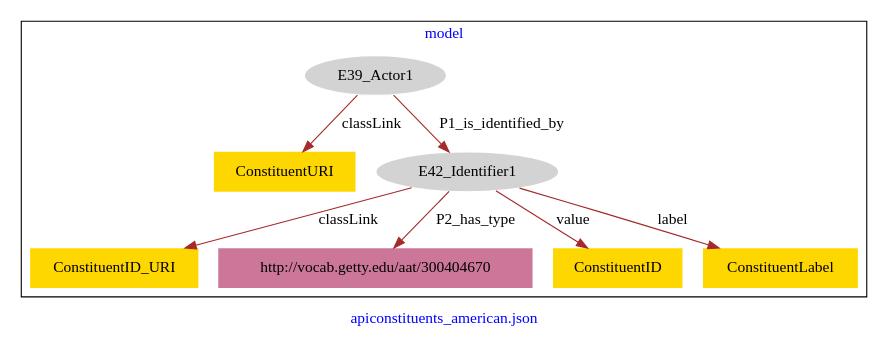
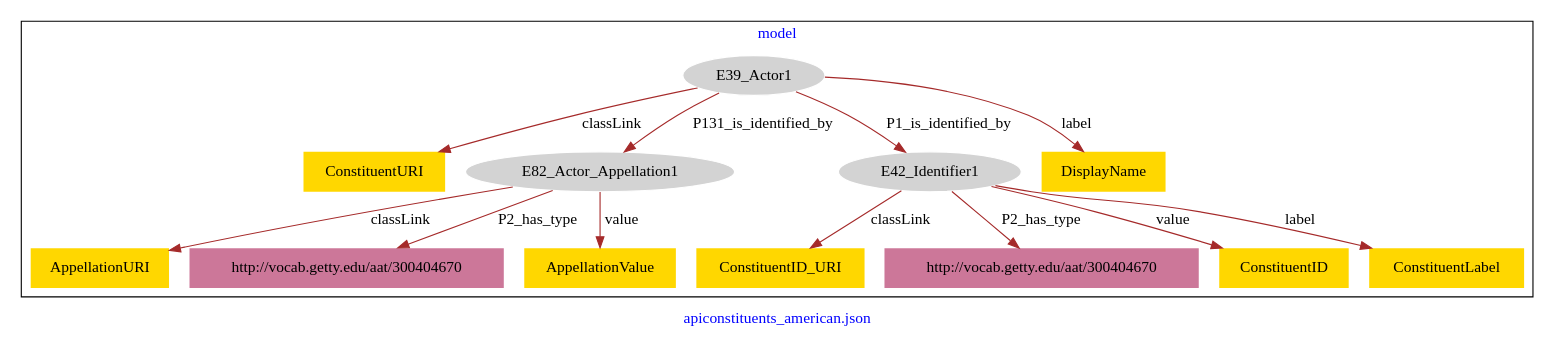
The diagram in apiconstituents_american/apiconstituents_american-model.dot (american-art/PUAM), drawn with Graphviz before and after one commit.

Commit message:
Update file apiconstituents_american-model.dot

```diff
--- a/apiconstituents_american/apiconstituents_american-model.dot
+++ b/apiconstituents_american/apiconstituents_american-model.dot
@@ -1,21 +1,31 @@
 digraph n0 {
 fontcolor="blue"
 remincross="true"
 label="apiconstituents_american.json"
 subgraph cluster {
 label="model"
 n2[style="filled",color="white",fillcolor="lightgray",label="E39_Actor1"];
 n3[shape="plaintext",style="filled",fillcolor="gold",label="ConstituentURI"];
-n4[style="filled",color="white",fillcolor="lightgray",label="E42_Identifier1"];
-n5[shape="plaintext",style="filled",fillcolor="gold",label="ConstituentID_URI"];
-n6[shape="plaintext",style="filled",fillcolor="#CC7799",label="http://vocab.getty.edu/aat/300404670"];
-n7[shape="plaintext",style="filled",fillcolor="gold",label="ConstituentID"];
-n8[shape="plaintext",style="filled",fillcolor="gold",label="ConstituentLabel"];
+n4[style="filled",color="white",fillcolor="lightgray",label="E82_Actor_Appellation1"];
+n5[style="filled",color="white",fillcolor="lightgray",label="E42_Identifier1"];
+n6[shape="plaintext",style="filled",fillcolor="gold",label="DisplayName"];
+n7[shape="plaintext",style="filled",fillcolor="gold",label="ConstituentID_URI"];
+n8[shape="plaintext",style="filled",fillcolor="#CC7799",label="http://vocab.getty.edu/aat/300404670"];
+n9[shape="plaintext",style="filled",fillcolor="gold",label="ConstituentID"];
+n10[shape="plaintext",style="filled",fillcolor="gold",label="ConstituentLabel"];
+n11[shape="plaintext",style="filled",fillcolor="gold",label="AppellationURI"];
+n12[shape="plaintext",style="filled",fillcolor="#CC7799",label="http://vocab.getty.edu/aat/300404670"];
+n13[shape="plaintext",style="filled",fillcolor="gold",label="AppellationValue"];
 }
 n2 -> n3[color="brown",fontcolor="black",label="classLink"]
-n2 -> n4[color="brown",fontcolor="black",label="P1_is_identified_by"]
-n4 -> n5[color="brown",fontcolor="black",label="classLink"]
-n4 -> n6[color="brown",fontcolor="black",label="P2_has_type"]
-n4 -> n7[color="brown",fontcolor="black",label="value"]
-n4 -> n8[color="brown",fontcolor="black",label="label"]
+n2 -> n4[color="brown",fontcolor="black",label="P131_is_identified_by"]
+n2 -> n5[color="brown",fontcolor="black",label="P1_is_identified_by"]
+n2 -> n6[color="brown",fontcolor="black",label="label"]
+n5 -> n7[color="brown",fontcolor="black",label="classLink"]
+n5 -> n8[color="brown",fontcolor="black",label="P2_has_type"]
+n5 -> n9[color="brown",fontcolor="black",label="value"]
+n5 -> n10[color="brown",fontcolor="black",label="label"]
+n4 -> n11[color="brown",fontcolor="black",label="classLink"]
+n4 -> n12[color="brown",fontcolor="black",label="P2_has_type"]
+n4 -> n13[color="brown",fontcolor="black",label="value"]
 }
```
